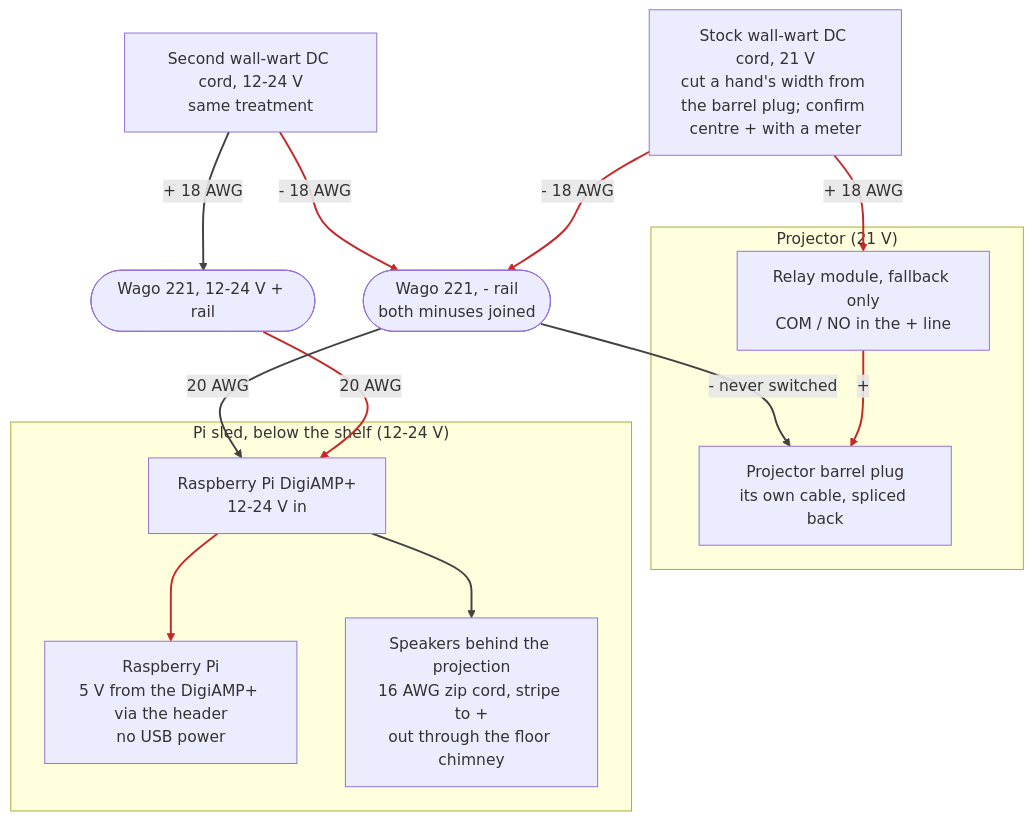
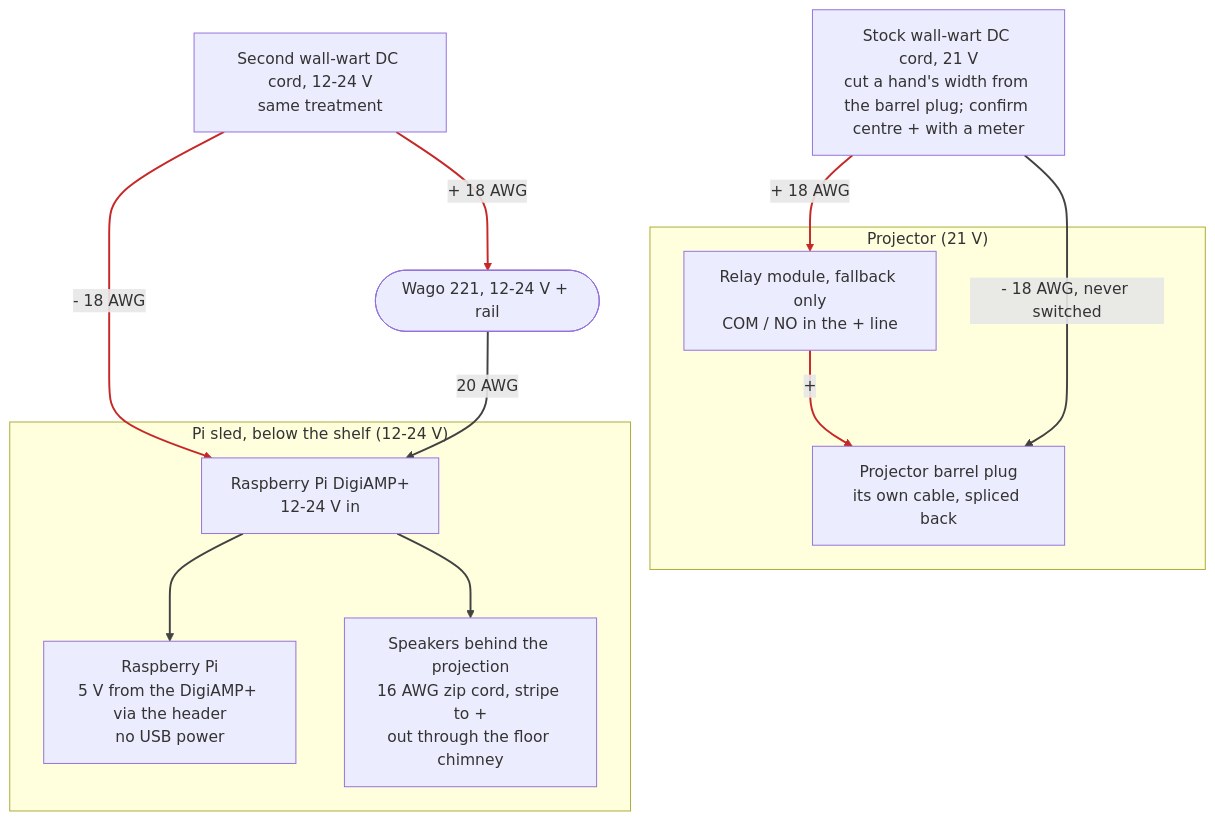
Before and after one commit to davidwkeith/atmosfx-projector-case: the second of 3 diagrams in docs/WIRING.md, drawn with Mermaid. The commit also changed other lines of this file and 4 other files, not shown here.

````diff
--- a/docs/WIRING.md
+++ b/docs/WIRING.md
@@ -67,27 +67,24 @@
 ```mermaid
 flowchart TB
   W1["Stock wall-wart DC cord, 21 V<br/>cut a hand's width from the barrel plug; confirm centre + with a meter"]
   W2["Second wall-wart DC cord, 12-24 V<br/>same treatment"]
-  WN(["Wago 221, - rail<br/>both minuses joined"])
   WP(["Wago 221, 12-24 V + rail"])
   subgraph PJ["Projector (21 V)"]
     RELAY["Relay module, fallback only<br/>COM / NO in the + line"]
     PROJ["Projector barrel plug<br/>its own cable, spliced back"]
   end
   subgraph PIZ["Pi sled, below the shelf (12-24 V)"]
     AMP["Raspberry Pi DigiAMP+<br/>12-24 V in"]
     PI["Raspberry Pi<br/>5 V from the DigiAMP+ via the header<br/>no USB power"]
     SPK["Speakers behind the projection<br/>16 AWG zip cord, stripe to +<br/>out through the floor chimney"]
   end
   W1 -- "+ 18 AWG" --> RELAY -- "+" --> PROJ
-  W1 -- "- 18 AWG" --> WN
-  WN -- "- never switched" --> PROJ
+  W1 -- "- 18 AWG, never switched" --> PROJ
   W2 -- "+ 18 AWG" --> WP
-  W2 -- "- 18 AWG" --> WN
+  W2 -- "- 18 AWG" --> AMP
   WP -- "20 AWG" --> AMP
-  WN -- "20 AWG" --> AMP
   AMP --> PI
   AMP --> SPK
-  linkStyle 0,1,2,5,6,8 stroke:#c62828,stroke-width:2px
-  linkStyle 3,4,7,9 stroke:#424242,stroke-width:2px
+  linkStyle 0,1,3,4 stroke:#c62828,stroke-width:2px
+  linkStyle 2,5,6,7 stroke:#424242,stroke-width:2px
 ```
````
